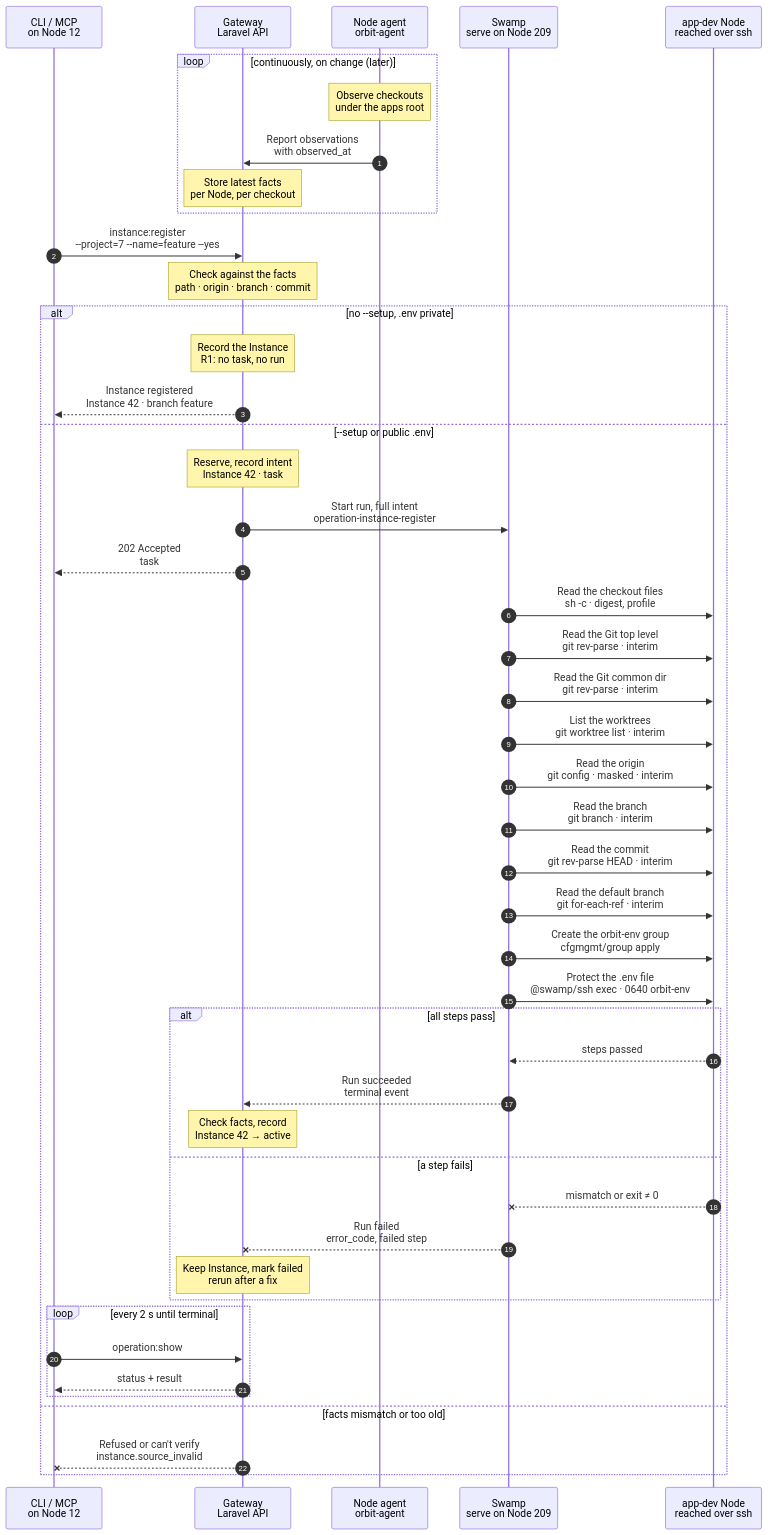
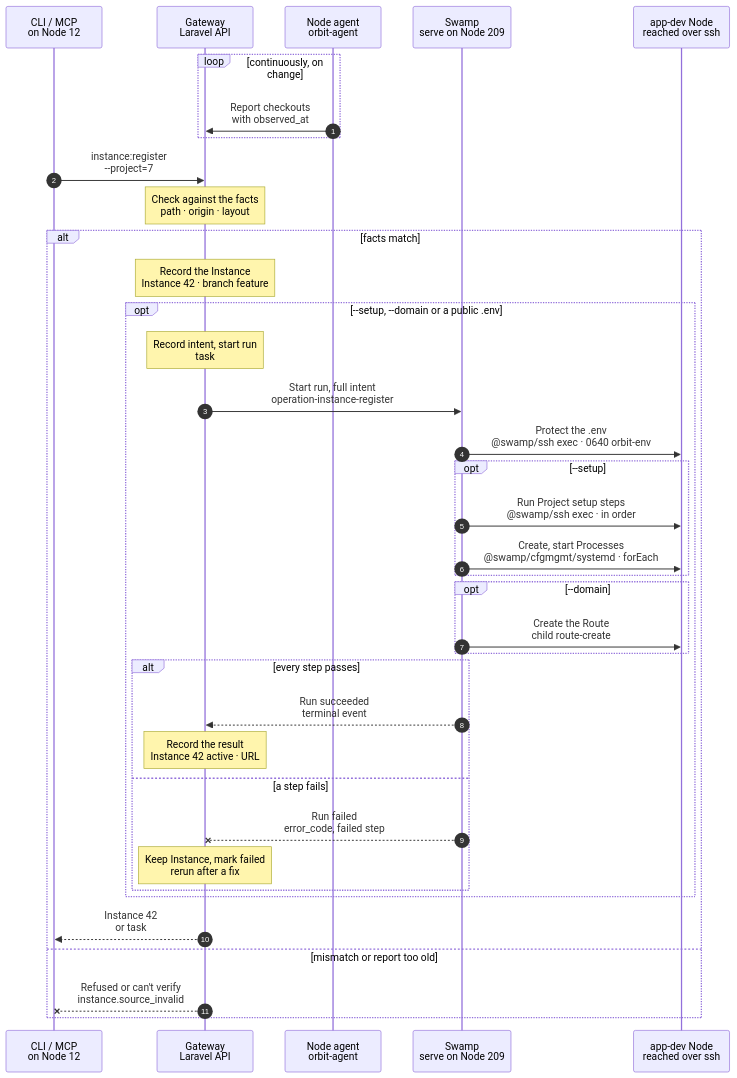
The diagram in docs/cli/instance/register.mmd (hardimpactdev/orbit), drawn with Mermaid before and after one commit. The commit also changed 23 other files, not shown here.

First line of the commit message:
fix(instance): restore reviewed registration for linked workspaces (#2477)

```diff
--- a/docs/cli/instance/register.mmd
+++ b/docs/cli/instance/register.mmd
@@ -1,8 +1,7 @@
 sequenceDiagram
-  %% Target design: rule 1 (read-only from Node agent reports, like tool.adopt), R1 record-only branch, R4 Node-work branch like tool.remove; .env stays the user's file; Processes from Project definitions for development (instance.create). docs/domains/applications.md#register-an-existing-checkout.
-  %% Tightened: flow-tighten 2026-11-02, rules 5, 16, 22 (no Node re-read of admitted facts; cfgmgmt file mode, ssh exec setup, cfgmgmt systemd Processes).
-  %% status: draft
-  %% Implemented: the record-only branch checks the Node agent's checkout fact (agent 0.8.0 reports .env kind and mode, 2026-11-03). The run branch still carries the interim reads. --setup stays refused (operation.kind_unavailable).
+  %% Target design: rule 1 (read-only from Node agent reports, like tool.adopt), R1 record-only default, R4 Node-work branch; .env stays the user's file; Processes from Project definitions (instance.create). docs/domains/applications.md#register-an-existing-checkout.
+  %% Revised: Nick 2026-11-03. Default: check and record, no run. --setup and --domain are opt-in Node work. A linked worktree of the Project's repository is accepted. Caller-agnostic.
+  %% status: reviewed
   %% command: instance:register
   %% kind: instance.register
   autonumber
@@ -16,162 +15,78 @@
   participant A as Node agent<br/>orbit-agent
   participant SW as Swamp<br/>serve on Node 209
   participant N as app-dev Node<br/>reached over ssh
-  loop continuously, on change (later)
-    Note over A: Observe checkouts<br/>under the apps root
-    %%> Later:
-    %%> - this observation lands in the Node agent's observer pass; today the agent watches only task checkouts, at most 64 per Node
-    %%> - until then, `instance:register` keeps its Swamp read of the checkout over `@swamp/ssh`
+  loop continuously, on change
+    A->>GW: Report checkouts<br/>with observed_at
     %%> What it observes:
-    %%> - each Git checkout under `<apps-root>/<project-slug>/<name>`
-    %%> - its owner, Git layout, origin, branch and `HEAD` commit, and whether it is dirty
-    %%> - whether `.env` exists and who can read it
-    %%> - application facts: PHP version and whether it is Laravel
+    %%> - each Git checkout under `<apps-root>/<project-slug>/<name>`: owner, layout (checkout or linked worktree), origin, branch, `HEAD` commit, dirty state
+    %%> - whether `.env` exists and who can read it; PHP version and the Laravel flag
     %%> Runs as:
     %%> - read-only; the Node agent never changes a Node
-    A->>GW: Report observations<br/>with observed_at
-    %%> What it sends:
-    %%> - what changed since the last report, with the time it was observed
-    Note over GW: Store latest facts<br/>per Node, per checkout
+  end
+  CLI->>GW: instance:register<br/>--project=7
+  %%> Command:
+  %%> - `cd /fast/apps/acme/feature && orbit instance:register --project=7 --yes`; the name defaults to the directory, `feature`
+  %%> - syntax: `--project=ID [--path=PATH] [--name=NAME] [--root=PATH] [--setup] [--domain=HOST] [--yes] [--json]`
+  %%> What registering means:
+  %%> - Orbit adopts a checkout that already exists, in place; a later `instance:destroy` deletes it
+  %%> Opt-in:
+  %%> - `--setup` runs the Project setup steps and starts its Processes
+  %%> - `--domain` creates a Route
+  %%> Confirmation:
+  %%> - without `--yes`, the CLI asks for consent that names the source; `--json` needs `--yes`
+  Note over GW: Check against the facts<br/>path · origin · layout
+  %%> Checks:
+  %%> - Node 12 has `app-dev`, Project 7 may be placed on it, the name is free
+  %%> - the checkout is under `/fast/apps/acme/`, owned by the Node's user, with Project 7's origin
+  %%> - a plain checkout, or a linked worktree whose shared `.git` belongs to that repository
+  %%> - with `--domain`: the domain is in Node 12's TLD and free (`route.domain_conflict`, 422)
+  %%> - the agent's report is fresh enough to trust
+  alt facts match
+    Note over GW: Record the Instance<br/>Instance 42 · branch feature
     %%> Result:
-    %%> - the Gateway always has a recent picture of the checkouts on each app-dev Node
-  end
-  CLI->>GW: instance:register<br/>--project=7 --name=feature --yes
-  %%> Command:
-  %%> - `cd /fast/apps/acme/feature && orbit instance:register --project=7 --name=feature --yes`
-  %%> - syntax: `--project=ID [--path=PATH] [--name=NAME] [--root=PATH] [--setup] [--yes] [--idempotency-key=KEY] [--json]`
-  %%> What registering means:
-  %%> - Orbit adopts a checkout that already exists, in place
-  %%> - Orbit owns the source from now on; a later `instance:destroy` deletes the checkout
-  %%> Confirmation:
-  %%> - without `--yes`, the CLI asks for consent that names the source; the default is No
-  %%> - without a terminal, or with `--json`, `--yes` is required
-  %%> CLI checks first:
-  %%> - the directory is a Git checkout, and its origin has no credentials
-  Note over GW: Check against the facts<br/>path · origin · branch · commit
-  %%> Requirements:
-  %%> - the request comes from Node 12 itself; the Node that sends it receives the Instance
-  %%> - Node 12 has the `app-dev` role, and Project 7 may be placed on it
-  %%> - the name `feature` is free in Project 7
-  %%> Checks in the agent's latest report:
-  %%> - the checkout is at `/fast/apps/acme/feature` and the Node's managed user owns it
-  %%> - its origin is Project 7's repository
-  %%> - it is a plain checkout, not a linked worktree
-  %%> - the report is fresh enough to trust
-  %%> Decides:
-  %%> - whether the Node needs work, or only a record
-  alt no --setup, .env private
-    Note over GW: Record the Instance<br/>R1: no task, no run
-    %%> When:
-    %%> - no `--setup`, and `.env` is absent or readable only by its owner
-    %%> Result:
-    %%> - Instance 42 recorded as active, with the observed branch, commit and application facts
+    %%> - Instance 42 recorded with the observed branch, commit and application facts
     %%> - Git `HEAD`, the index, dirty files and `.env` stay as they are
-    %%> - no Swamp run starts (R1)
-    %%> Not included:
-    %%> - no Process starts; use `--setup`, or `instance:setup` later
-    GW-->>CLI: Instance registered<br/>Instance 42 · branch feature
+    opt --setup, --domain or a public .env
+      Note over GW: Record intent, start run<br/>task #5131
+      %%> When:
+      %%> - only when the Node needs work; without it the Instance is active now and no run starts (R1)
+      %%> Inputs:
+      %%> - Node 12's address and host keys, the facts, the setup steps, the Process definitions, the Route intent
+      GW->>SW: Start run, full intent<br/>operation-instance-register
+      SW->>N: Protect the .env<br/>@swamp/ssh exec · 0640 orbit-env
+      %%> When:
+      %%> - only when `.env` exists and others can read it
+      %%> How:
+      %%> - root runs `chgrp -h orbit-env`, which never follows a link, then the account sets mode 0640; never reads or changes the content
+      opt --setup
+        SW->>N: Run Project setup steps<br/>@swamp/ssh exec · in order
+        %%> What it does:
+        %%> - runs the Project's setup steps in the checkout, in order, for example creating `.env`, `composer install`, `php artisan key:generate`
+        SW->>N: Create, start Processes<br/>@swamp/cfgmgmt/systemd · forEach
+        %%> What it does:
+        %%> - creates and starts the Project's development Processes, as `instance:create` does
+      end
+      opt --domain
+        SW->>N: Create the Route<br/>child route-create
+        %%> What it does:
+        %%> - the same child workflow as `route:create`: CSR on the Node, the Gateway signs it, install the certificate, publish the Caddy site, probe it over TLS
+      end
+      alt every step passes
+        SW-->>GW: Run succeeded<br/>terminal event
+        Note over GW: Record the result<br/>Instance 42 active · URL
+      else a step fails
+        SW--xGW: Run failed<br/>error_code, failed step
+        Note over GW: Keep Instance, mark failed<br/>rerun after a fix
+        %%> On the Node:
+        %%> - the checkout stays as it is; no rollback
+      end
+    end
+    GW-->>CLI: Instance 42<br/>or task #5131 to follow
     %%> What you get:
-    %%> - the final result at once; there is nothing to follow
-  else --setup or public .env
-    Note over GW: Reserve, record intent<br/>Instance 42 · task #5131
-    %%> When:
-    %%> - `--setup` was given, or the agent saw a `.env` that others can read
-    %%> Result:
-    %%> - Instance 42 recorded as reserved, with the observed facts
-    %%> - task #5131 recorded with the full intent
-    %%> Today:
-    %%> - `--setup` returns `operation.kind_unavailable`
-    GW->>SW: Start run, full intent<br/>operation-instance-register
-    %%> What it does:
-    %%> - starts one Swamp run on serve (Node 209)
-    %%> Inputs:
-    %%> - Node 12's address and SSH host keys; the SSH identity comes from the `swamp` role
-    %%> - the observed facts, the setup steps, the development Process definitions
-    GW-->>CLI: 202 Accepted<br/>task #5131
-    %%> What you get:
-    %%> - the task number, at once
-    %%> Next:
-    %%> - the CLI follows the task with `operation:show`
-    SW->>N: Read the checkout files<br/>sh -c · digest, profile
-    %%> Interim:
-    %%> - these eight reads replace the agent's report until its observer pass lands; each is one `@swamp/ssh` exec argv
-    %%> What it reads:
-    %%> - one read of the file tree digest, the `artisan` entry point and `composer.json`
-    SW->>N: Read the Git top level<br/>git rev-parse · interim
-    %%> What it reads:
-    %%> - the checkout's top-level directory
-    SW->>N: Read the Git common dir<br/>git rev-parse · interim
-    %%> What it reads:
-    %%> - the shared `.git` directory; a linked worktree has another one
-    SW->>N: List the worktrees<br/>git worktree list · interim
-    %%> What it reads:
-    %%> - every worktree of the repository
-    SW->>N: Read the origin<br/>git config · masked · interim
-    %%> What it reads:
-    %%> - the origin URL, with any embedded credential masked before it leaves the Node
-    SW->>N: Read the branch<br/>git branch · interim
-    %%> What it reads:
-    %%> - the checked-out branch, empty when `HEAD` is detached
-    SW->>N: Read the commit<br/>git rev-parse HEAD · interim
-    %%> What it reads:
-    %%> - the `HEAD` commit
-    SW->>N: Read the default branch<br/>git for-each-ref · interim
-    %%> What it reads:
-    %%> - the remote default branch
-    SW->>N: Create the orbit-env group<br/>cfgmgmt/group apply
-    SW->>N: Protect the .env file<br/>@swamp/ssh exec · 0640 orbit-env
-    %%> How:
-    %%> - on a regular `.env`, root runs `chgrp -h orbit-env`, which never follows a link, then the account sets mode 0640; safe to repeat
-    %%> What it does:
-    %%> - lets only the Node agent's group read `.env`, so the agent can report its key names; removes public access
-    %%> Interim:
-    %%> - runs after the reads, before the Gateway checks them; a refused source keeps the tighter mode
-    %%> Not included:
-    %%> - never reads or changes the content; the file stays the user's
-    %%> Later, with --setup:
-    %%> - Run Project setup steps (`@swamp/ssh` exec, in order), then Create, start Processes (`@swamp/cfgmgmt/systemd`, forEach)
-    alt all steps pass
-      N-->>SW: steps passed
-      %%> Returns:
-      %%> - every step passed
-      SW-->>GW: Run succeeded<br/>terminal event
-      %%> How the Gateway learns it:
-      %%> - its shared run reader sees the terminal event; Swamp never calls the Gateway
-      Note over GW: Check facts, record<br/>Instance 42 → active
-      %%> What it checks (interim):
-      %%> - the top level is the checkout, its `.git` is its own, and it is the only worktree
-      %%> - the origin is Project 7's repository; a masked origin is refused (`instance.source_identity_invalid`)
-      %%> - `composer.json` and the entry point give a supported PHP version and the Laravel flag
-      %%> Result:
-      %%> - Instance 42 becomes active with the read branch, commit and application facts; task #5131 succeeds
-      %%> - a mismatch fails task #5131 and keeps Instance 42 reserved (`instance.registration_conflict`)
-    else a step fails
-      N--xSW: mismatch or exit ≠ 0
-      %%> When:
-      %%> - the checkout no longer matches, or a setup or Process step fails
-      SW--xGW: Run failed<br/>error_code, failed step
-      %%> The Gateway reads:
-      %%> - which step failed and its error code
-      Note over GW: Keep Instance, mark failed<br/>rerun after a fix
-      %%> Result:
-      %%> - Instance 42 stays, marked failed; task #5131 fails
-      %%> On the Node:
-      %%> - the checkout stays as it is; no rollback
-      %%> Retry:
-      %%> - run the same command again; it is a new task
-    end
-    loop every 2 s until terminal
-      CLI->>GW: operation:show #5131
-      %%> What it does:
-      %%> - asks for the task's status every 2 seconds until it has ended
-      GW-->>CLI: status + result
-      %%> Returns:
-      %%> - the current status, and the result once the task has ended
-    end
-  else facts mismatch or too old
+    %%> - without Node work: the Instance at once (HTTP 201)
+    %%> - with Node work: the task (HTTP 202); the CLI follows it with `operation:show` every 2 s
+  else mismatch or report too old
     GW--xCLI: Refused or can't verify<br/>instance.source_invalid
-    %%> When:
-    %%> - the path, owner, origin or layout doesn't match, or the agent hasn't reported recently
     %%> Result:
     %%> - nothing is recorded; fix the source, or try again when the agent reports
   end
```
